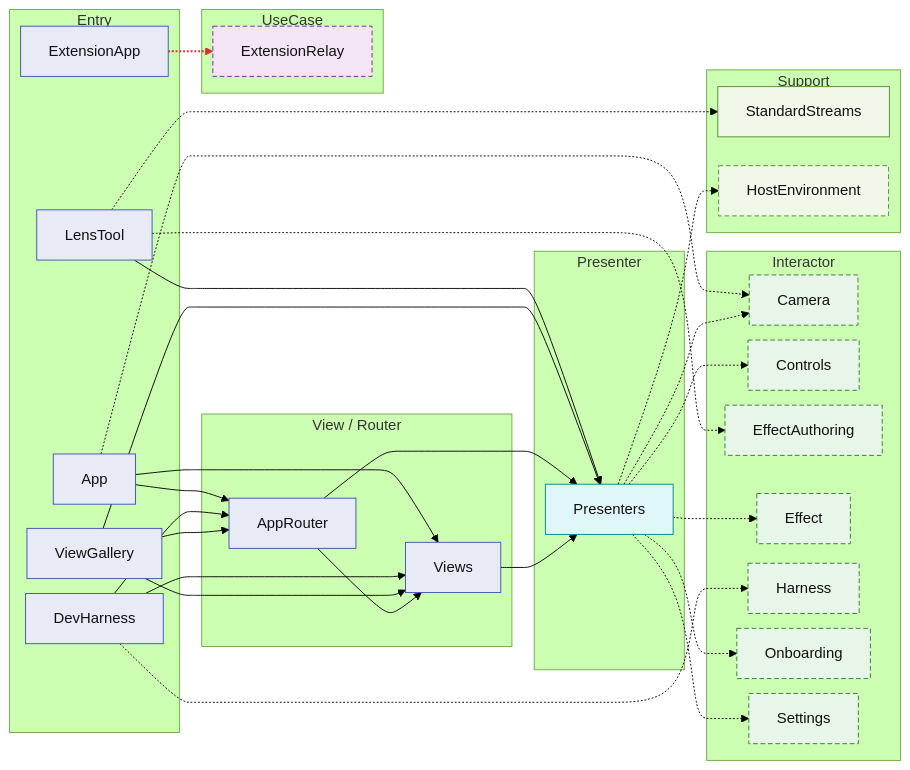
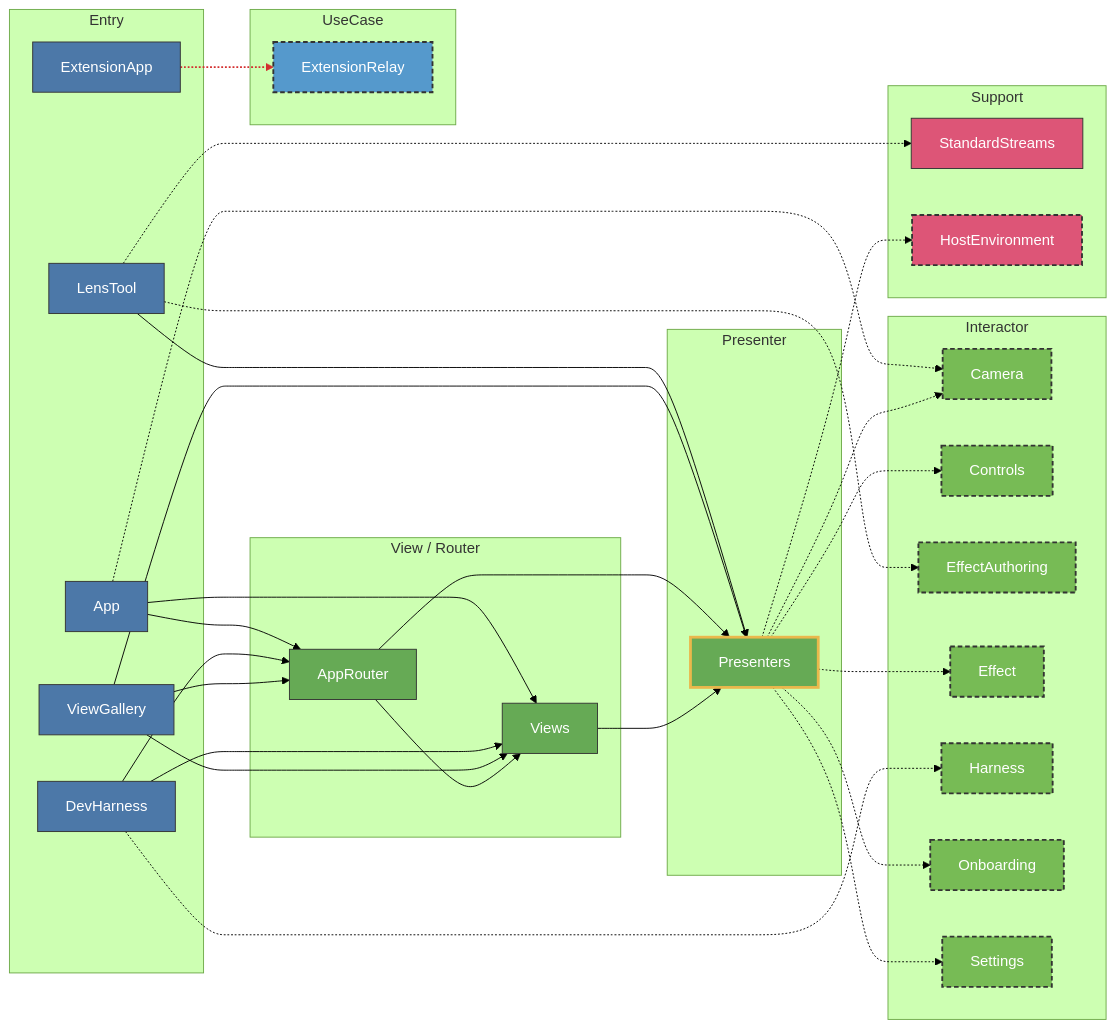
Before and after one commit to GeneralD/mirage: the second of 8 diagrams in docs/ARCHITECTURE.md, drawn with Mermaid (forest theme). The commit also changed other lines of this file, not shown here.

First line of the commit message:
docs(architecture): colour the diagrams by layer as in lyra

````diff
--- a/docs/ARCHITECTURE.md
+++ b/docs/ARCHITECTURE.md
@@ -91,64 +92,63 @@
 ```mermaid
-%%{init: {"flowchart": {"rankSpacing": 24, "nodeSpacing": 16}}}%%
 graph LR
   subgraph Entry_entry["Entry"]
     App:::entry
     DevHarness:::entry
     LensTool:::entry
     ViewGallery:::entry
     ExtensionApp:::entry
   end
   subgraph Entry_view["View / Router"]
     AppRouter:::view
     Views:::view
   end
   subgraph Entry_pres["Presenter"]
     Presenters:::pres
   end
   subgraph Entry_int["Interactor"]
     CameraInteractor["Camera"]:::intx
     ControlsInteractor["Controls"]:::intx
     EffectAuthoringInteractor["EffectAuthoring"]:::intx
     EffectInteractor["Effect"]:::intx
     HarnessInteractor["Harness"]:::intx
     OnboardingInteractor["Onboarding"]:::intx
     SettingsInteractor["Settings"]:::intx
   end
   subgraph Entry_uc["UseCase"]
     ExtensionRelayUseCase["ExtensionRelay"]:::ucx
   end
   subgraph Entry_sup["Support"]
     StandardStreams:::sup
     HostEnvironment:::supx
   end
   App --> AppRouter
   App --> Views
   DevHarness --> AppRouter
   DevHarness --> Views
   LensTool --> Presenters
   ViewGallery --> AppRouter
   ViewGallery --> Presenters
   ViewGallery --> Views
   AppRouter --> Presenters
   AppRouter --> Views
   Views --> Presenters
   App -.-> CameraInteractor
   DevHarness -.-> HarnessInteractor
   LensTool -.-> EffectAuthoringInteractor
   LensTool -.-> StandardStreams
   ExtensionApp -.-> ExtensionRelayUseCase
   Presenters -.-> CameraInteractor
   Presenters -.-> ControlsInteractor
   Presenters -.-> EffectInteractor
   Presenters -.-> HostEnvironment
   Presenters -.-> OnboardingInteractor
   Presenters -.-> SettingsInteractor
-  classDef entry fill:#e8eaf6,stroke:#3f51b5,color:#111
-  classDef intx fill:#e8f5e9,stroke:#2e7d32,color:#111,stroke-dasharray:5 3
-  classDef pres fill:#e0f7fa,stroke:#00838f,color:#111
-  classDef sup fill:#f1f8e9,stroke:#558b2f,color:#111
-  classDef supx fill:#f1f8e9,stroke:#558b2f,color:#111,stroke-dasharray:5 3
-  classDef ucx fill:#f3e5f5,stroke:#7b1fa2,color:#111,stroke-dasharray:5 3
-  classDef view fill:#e8eaf6,stroke:#3f51b5,color:#111
+  classDef entry fill:#4c78a8,stroke:#333,color:#fff
+  classDef intx fill:#7b5,stroke:#333,stroke-width:2px,stroke-dasharray:5 3,color:#fff
+  classDef pres fill:#6a5,stroke:#E9B84C,stroke-width:3px,color:#fff
+  classDef sup fill:#d57,stroke:#333,color:#fff
+  classDef supx fill:#d57,stroke:#333,stroke-width:2px,stroke-dasharray:5 3,color:#fff
+  classDef ucx fill:#59c,stroke:#333,stroke-width:2px,stroke-dasharray:5 3,color:#fff
+  classDef view fill:#6a5,stroke:#333,color:#fff
   linkStyle 15 stroke:#d32f2f,stroke-width:2px
 ```
````
